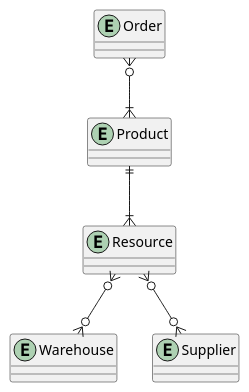
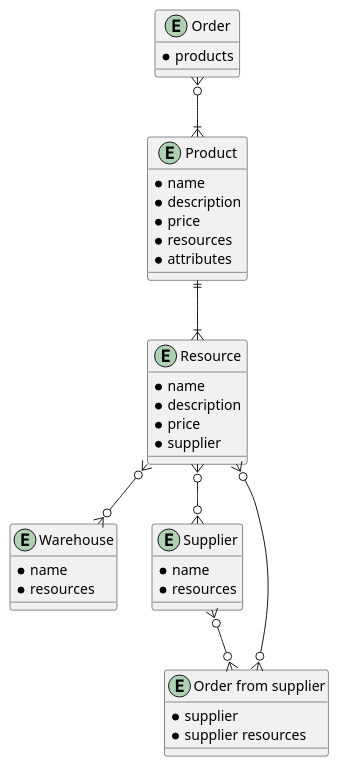
One commit to OverDrive1g/diy-q changed the diagram in docs/entities.puml. Above: the diagram before and after it, drawn with PlantUML.

Commit message:
(docs): add proprty for entities

```diff
--- a/docs/entities.puml
+++ b/docs/entities.puml
@@ -1,15 +1,40 @@
 @startuml
 
-entity "Product" as product {}
-entity "Resource" as resource {}
-entity "Order" as order {}
-entity "Warehouse" as warehouse {}
-entity "Supplier" as supplier {}
+entity "Product" as product {
+  * name
+  * description
+  * price
+  * resources
+  * attributes
+}
+entity "Resource" as resource {
+  * name
+  * description
+  * price
+  * supplier
+}
+entity "Order" as order {
+  * products
+}
+entity "Warehouse" as warehouse {
+  * name
+  * resources
+}
+entity "Supplier" as supplier {
+  * name
+  * resources
+}
+entity "Order from supplier" as ordersuppleir {
+  * supplier 
+  * supplier resources
+}
 
 
 order }o--|{ product
 product ||--|{ resource
 resource }o--o{ warehouse
-resource }o--o{supplier
+resource }o--o{ supplier
+supplier }o--o{ ordersuppleir
+resource }o--o{ ordersuppleir
 
 @enduml
```
